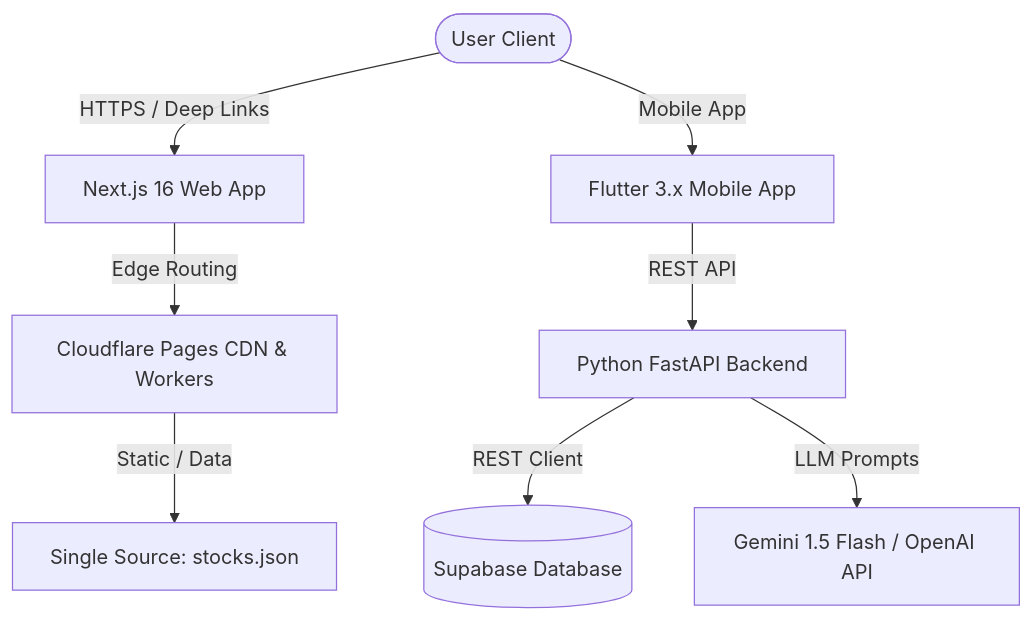
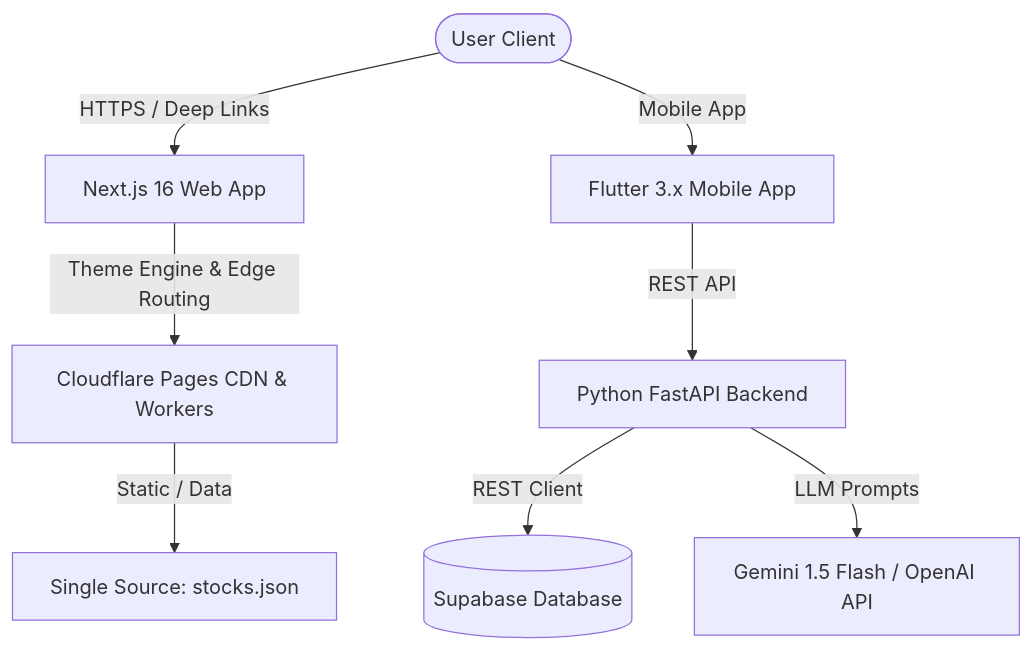
One commit to OK45batwal/FINSWITCH changed the diagram in README.md. Above: the diagram before and after it, drawn with Mermaid. The commit also changed other lines of this file, not shown here.

Commit message:
docs: update README.md with new ₹ + F monogram emblem, brand values matrix, and Light/Dark theme features

````diff
--- a/README.md
+++ b/README.md
@@ -86,12 +113,12 @@
 ```mermaid
 graph TD
     User([User Client]) --> |HTTPS / Deep Links| WebApp[Next.js 16 Web App]
     User --> |Mobile App| FlutterApp[Flutter 3.x Mobile App]
     
-    WebApp --> |Edge Routing| CF[Cloudflare Pages CDN & Workers]
+    WebApp --> |Theme Engine & Edge Routing| CF[Cloudflare Pages CDN & Workers]
     FlutterApp --> |REST API| Backend[Python FastAPI Backend]
     
     CF --> |Static / Data| StocksJSON[Single Source: stocks.json]
     Backend --> |REST Client| Supabase[(Supabase Database)]
     Backend --> |LLM Prompts| LLM[Gemini 1.5 Flash / OpenAI API]
 ```
````
